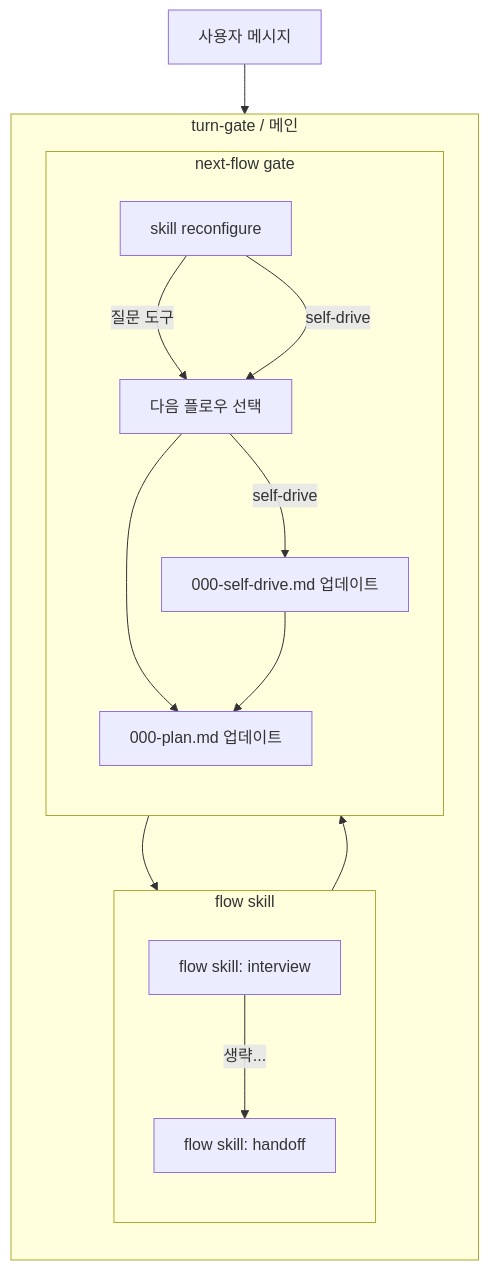
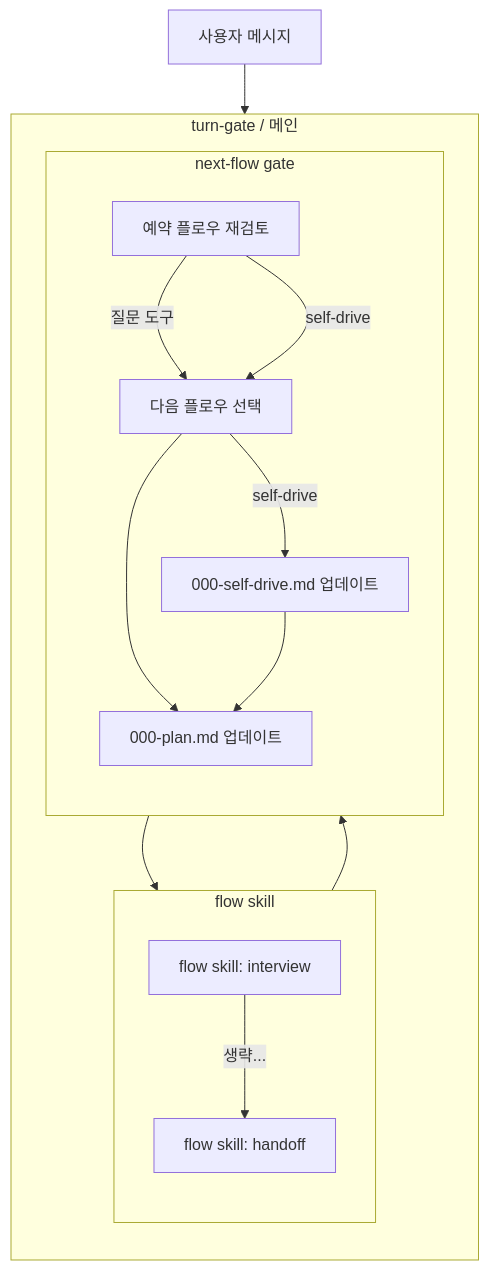
One commit to opnay/agent-plugins changed the first of 2 diagrams in src/loop-kit-dev/specs/skills/turn-gate/intent.md. Above: the diagram before and after it, drawn with Mermaid. The commit also changed other lines of this file and 24 other files, not shown here.

First line of the commit message:
fix: run flow skill reconfigure after reporting

````diff
--- a/src/loop-kit-dev/specs/skills/turn-gate/intent.md
+++ b/src/loop-kit-dev/specs/skills/turn-gate/intent.md
@@ -10,31 +13,31 @@
 ```mermaid
 graph TD
   START[사용자 메시지] --> FLOWGROUP
 
   subgraph TG[turn-gate / 메인]
     direction TB
     subgraph FLOWGROUP[flow skill]
       direction TB
       FLOW[flow skill: interview]
       HANDOFF[flow skill: handoff]
 
       FLOW -->|생략...| HANDOFF
     end
     subgraph QR[next-flow gate]
       direction TB
-      SKILLRECONFIG[skill reconfigure]
+      RESERVED[예약 플로우 재검토]
       NEXTFLOW[다음 플로우 선택]
       SELFDRIVE[000-self-drive.md 업데이트]
       PLAN[000-plan.md 업데이트]
 
-      SKILLRECONFIG -->|질문 도구| NEXTFLOW
-      SKILLRECONFIG -->|self-drive| NEXTFLOW
+      RESERVED -->|질문 도구| NEXTFLOW
+      RESERVED -->|self-drive| NEXTFLOW
       NEXTFLOW --> PLAN
       NEXTFLOW -->|self-drive| SELFDRIVE
       SELFDRIVE --> PLAN
     end
 
-    HANDOFF --> SKILLRECONFIG
+    HANDOFF --> RESERVED
     PLAN --> FLOW
   end
 ```
````
